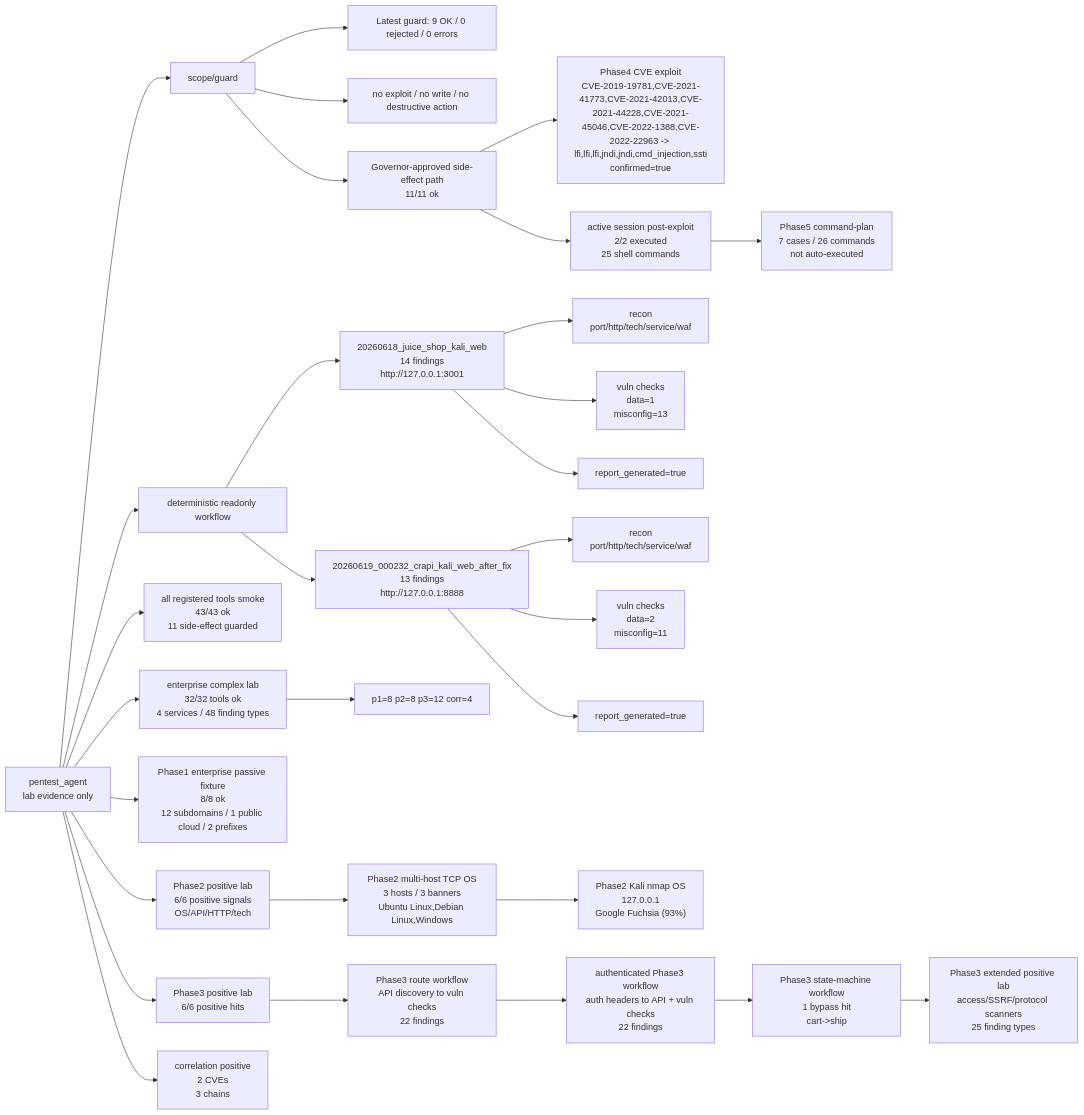
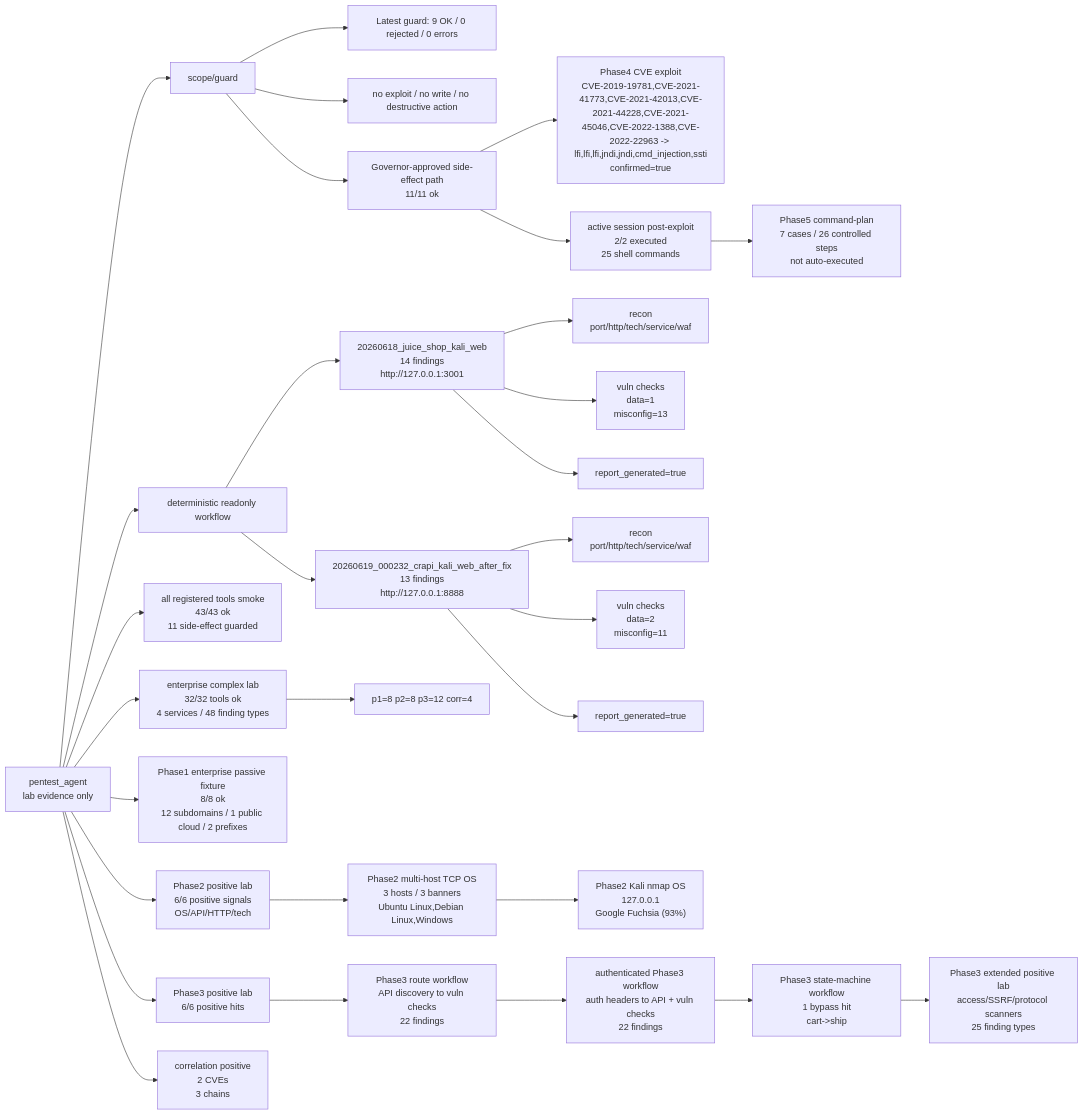
The diagram in docs/45_testing/pentest_agent_capability_map.md (SakuraYoruno/Natsume_Ai), drawn with Mermaid before and after one commit. The commit also changed other lines of this file and 10 other files, not shown here.

Commit message:
feat: constrain pentest phase5 plan outputs

````diff
--- a/docs/45_testing/pentest_agent_capability_map.md
+++ b/docs/45_testing/pentest_agent_capability_map.md
@@ -124,32 +124,32 @@
 ```mermaid
 flowchart LR
   A["pentest_agent\nlab evidence only"] --> G["scope/guard"]
   A --> W["deterministic readonly workflow"]
   G --> G1["Latest guard: 9 OK / 0 rejected / 0 errors"]
   G --> G2["no exploit / no write / no destructive action"]
   W --> L1["20260618_juice_shop_kali_web\n14 findings\nhttp://127.0.0.1:3001"]
   L1 --> L1R["recon\nport/http/tech/service/waf"]
   L1 --> L1V["vuln checks\ndata=1\nmisconfig=13"]
   L1 --> L1P["report_generated=true"]
   W --> L2["20260619_000232_crapi_kali_web_after_fix\n13 findings\nhttp://127.0.0.1:8888"]
   L2 --> L2R["recon\nport/http/tech/service/waf"]
   L2 --> L2V["vuln checks\ndata=2\nmisconfig=11"]
   L2 --> L2P["report_generated=true"]
   A --> S["all registered tools smoke\n43/43 ok\n11 side-effect guarded"]
   A --> EC["enterprise complex lab\n32/32 tools ok\n4 services / 48 finding types"]
   EC --> ECP["p1=8 p2=8 p3=12 corr=4"]
   A --> P1["Phase1 enterprise passive fixture\n8/8 ok\n12 subdomains / 1 public cloud / 2 prefixes"]
   A --> P2["Phase2 positive lab\n6/6 positive signals\nOS/API/HTTP/tech"]
   P2 --> P2M["Phase2 multi-host TCP OS\n3 hosts / 3 banners\nUbuntu Linux,Debian Linux,Windows"]
   P2M --> P2K["Phase2 Kali nmap OS\n127.0.0.1\nGoogle Fuchsia (93%)"]
   A --> P["Phase3 positive lab\n6/6 positive hits"]
   P --> R3["Phase3 route workflow\nAPI discovery to vuln checks\n22 findings"]
   R3 --> AR3["authenticated Phase3 workflow\nauth headers to API + vuln checks\n22 findings"]
   AR3 --> SM3["Phase3 state-machine workflow\n1 bypass hit\ncart->ship"]
   SM3 --> XP3["Phase3 extended positive lab\naccess/SSRF/protocol scanners\n25 finding types"]
   G --> E["Governor-approved side-effect path\n11/11 ok"]
   E --> CVE4["Phase4 CVE exploit\nCVE-2019-19781,CVE-2021-41773,CVE-2021-42013,CVE-2021-44228,CVE-2021-45046,CVE-2022-1388,CVE-2022-22963 -> lfi,lfi,lfi,jndi,jndi,cmd_injection,ssti\nconfirmed=true"]
   A --> C["correlation positive\n2 CVEs\n3 chains"]
   E --> AS["active session post-exploit\n2/2 executed\n25 shell commands"]
-  AS --> CP5["Phase5 command-plan\n7 cases / 26 commands\nnot auto-executed"]
+  AS --> CP5["Phase5 command-plan\n7 cases / 26 controlled steps\nnot auto-executed"]
 ```
````
